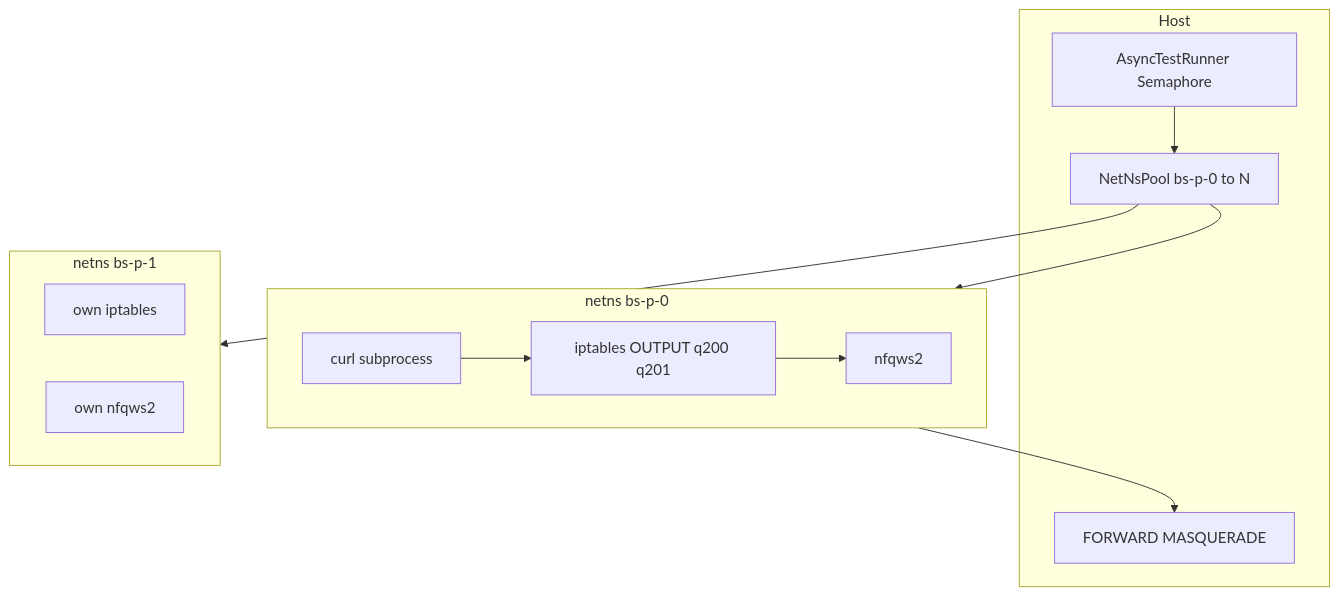
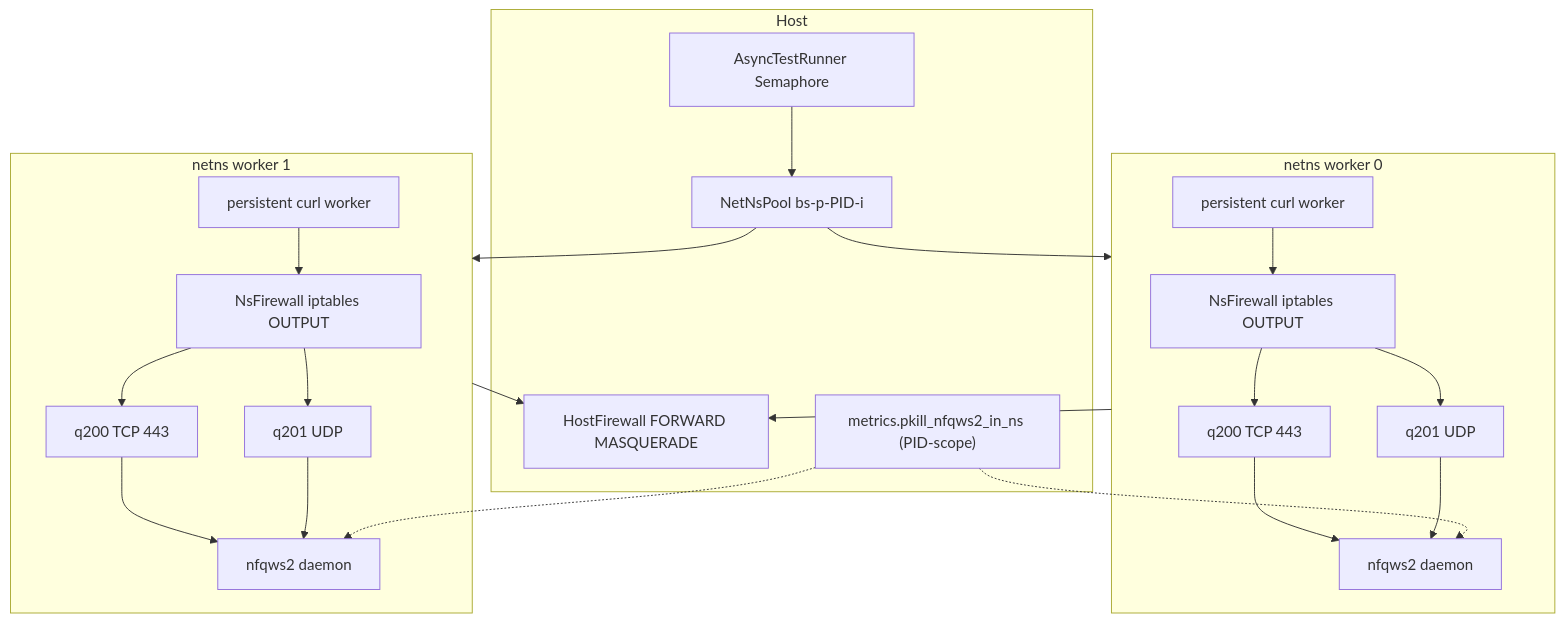
Before and after one commit to zhoel-sherk/blockcheckS: the seventh of 13 diagrams in docs/architecture.md, drawn with Mermaid. The commit also changed other lines of this file and 22 other files, not shown here.

````diff
--- a/docs/architecture.md
+++ b/docs/architecture.md
@@ -186,22 +407,34 @@
 ```mermaid
 flowchart TB
-  subgraph host [Host]
-    Sem[AsyncTestRunner Semaphore]
-    Pool[NetNsPool bs-p-0 to N]
-    Nat[FORWARD MASQUERADE]
-    Sem --> Pool
+  subgraph hostLayer2 ["Host"]
+    sem["AsyncTestRunner Semaphore"]
+    pool["NetNsPool bs-p-PID-i"]
+    hostFw["HostFirewall FORWARD MASQUERADE"]
+    pkill["metrics.pkill_nfqws2_in_ns (PID-scope)"]
   end
-  subgraph ns0 [netns bs-p-0]
-    Ipt0[iptables OUTPUT q200 q201]
-    N0[nfqws2]
-    C0[curl subprocess]
-    C0 --> Ipt0 --> N0
+  subgraph ns0 ["netns worker 0"]
+    nsFw0["NsFirewall iptables OUTPUT"]
+    q200_0["q200 TCP 443"]
+    q201_0["q201 UDP"]
+    nfq0["nfqws2 daemon"]
+    curl0["persistent curl worker"]
+    curl0 --> nsFw0 --> q200_0 --> nfq0
+    nsFw0 --> q201_0 --> nfq0
   end
-  subgraph ns1 [netns bs-p-1]
-    Ipt1[own iptables]
-    N1[own nfqws2]
+  subgraph ns1 ["netns worker 1"]
+    nsFw1["NsFirewall iptables OUTPUT"]
+    q200_1["q200 TCP 443"]
+    q201_1["q201 UDP"]
+    nfq1["nfqws2 daemon"]
+    curl1["persistent curl worker"]
+    curl1 --> nsFw1 --> q200_1 --> nfq1
+    nsFw1 --> q201_1 --> nfq1
   end
-  Pool --> ns0
-  Pool --> ns1
-  ns0 --> Nat
+  sem --> pool
+  pool --> ns0
+  pool --> ns1
+  ns0 --> hostFw
+  ns1 --> hostFw
+  pkill -.-> nfq0
+  pkill -.-> nfq1
 ```
````
